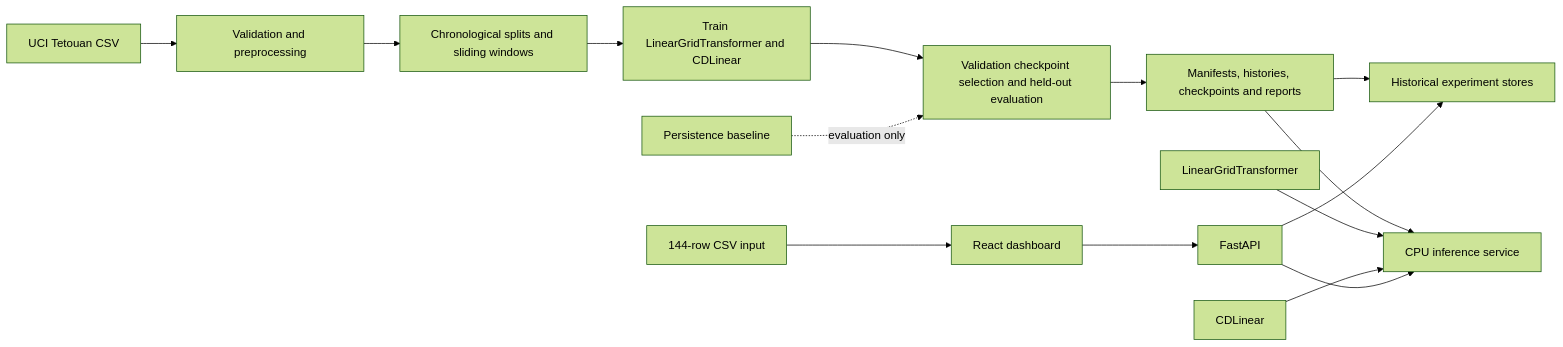
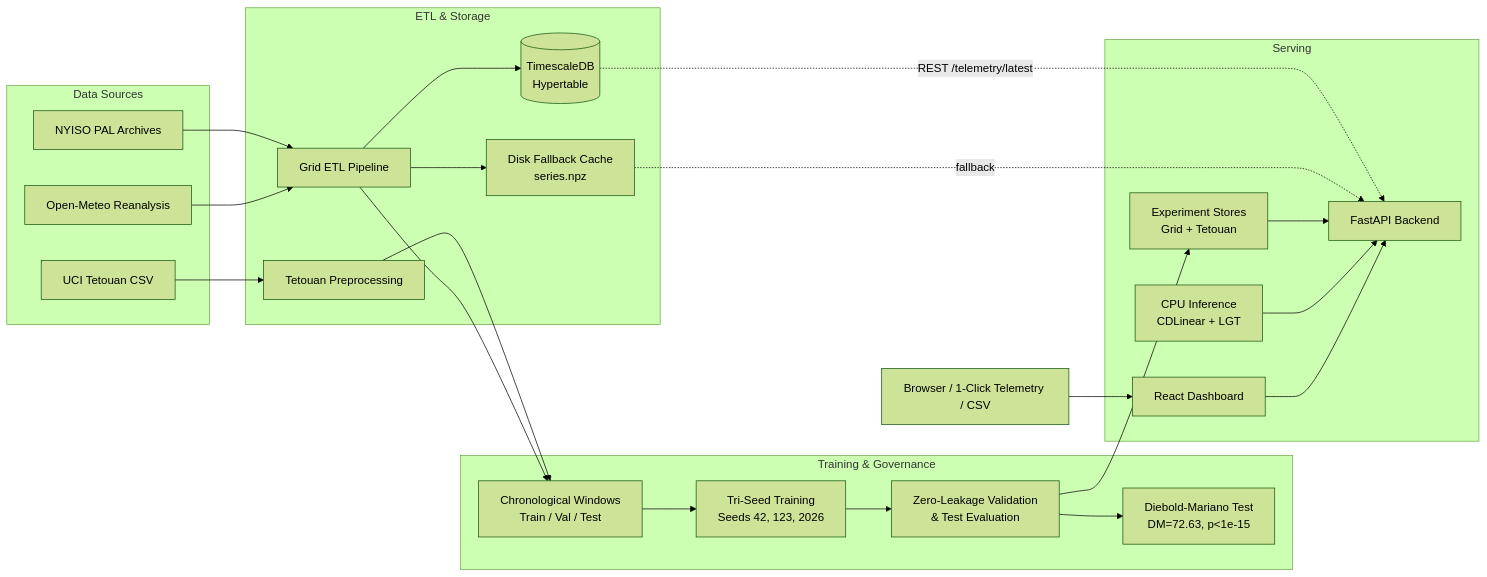
One commit to sriram615/LinearGridTransformer changed the diagram in README.md. Above: the diagram before and after it, drawn with Mermaid (forest theme). The commit also changed other lines of this file and 5 other files, not shown here.

Commit message:
feat(etl): add data-quality audit, reconcile calendar statistics, and update documentation

````diff
--- a/README.md
+++ b/README.md
@@ -50,17 +115,44 @@
 ```mermaid
 flowchart LR
-    UCI[UCI Tetouan CSV] --> ETL[Validation and preprocessing]
-    ETL --> WINDOWS[Chronological splits and sliding windows]
-    WINDOWS --> TRAIN[Train LinearGridTransformer and CDLinear]
-    TRAIN --> EVAL[Validation checkpoint selection and held-out evaluation]
-    EVAL --> ARTIFACTS[Manifests, histories, checkpoints and reports]
-    ARTIFACTS --> STORE[Historical experiment stores]
-    ARTIFACTS --> INFERENCE[CPU inference service]
-    LGT[LinearGridTransformer] --> INFERENCE
-    CDL[CDLinear] --> INFERENCE
-    PERSIST[Persistence baseline] -. evaluation only .-> EVAL
-    REACT[React dashboard] --> API[FastAPI]
-    API --> STORE
-    API --> INFERENCE
-    USER[144-row CSV input] --> REACT
+    subgraph Data Sources
+        NYISO[NYISO PAL Archives]
+        METEO[Open-Meteo Reanalysis]
+        UCI[UCI Tetouan CSV]
+    end
+
+    subgraph ETL & Storage
+        GETL[Grid ETL Pipeline]
+        TSDB[(TimescaleDB<br/>Hypertable)]
+        DISK[Disk Fallback Cache<br/>series.npz]
+        TETL[Tetouan Preprocessing]
+    end
+
+    subgraph Training & Governance
+        WINDOWS[Chronological Windows<br/>Train / Val / Test]
+        TRAIN[Tri-Seed Training<br/>Seeds 42, 123, 2026]
+        EVAL[Zero-Leakage Validation<br/>& Test Evaluation]
+        DM[Diebold-Mariano Test<br/>DM=72.63, p<1e-15]
+    end
+
+    subgraph Serving
+        API[FastAPI Backend]
+        STORE[Experiment Stores<br/>Grid + Tetouan]
+        INF[CPU Inference<br/>CDLinear + LGT]
+        REACT[React Dashboard]
+    end
+
+    NYISO --> GETL
+    METEO --> GETL
+    GETL --> TSDB
+    GETL --> DISK
+    UCI --> TETL --> WINDOWS
+    GETL --> WINDOWS
+    WINDOWS --> TRAIN --> EVAL --> DM
+    EVAL --> STORE
+    TSDB -.->|REST /telemetry/latest| API
+    DISK -.->|fallback| API
+    STORE --> API
+    INF --> API
+    REACT --> API
+    USER[Browser / 1-Click Telemetry / CSV] --> REACT
 ```
````
